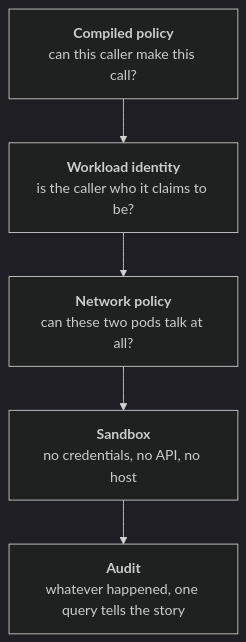
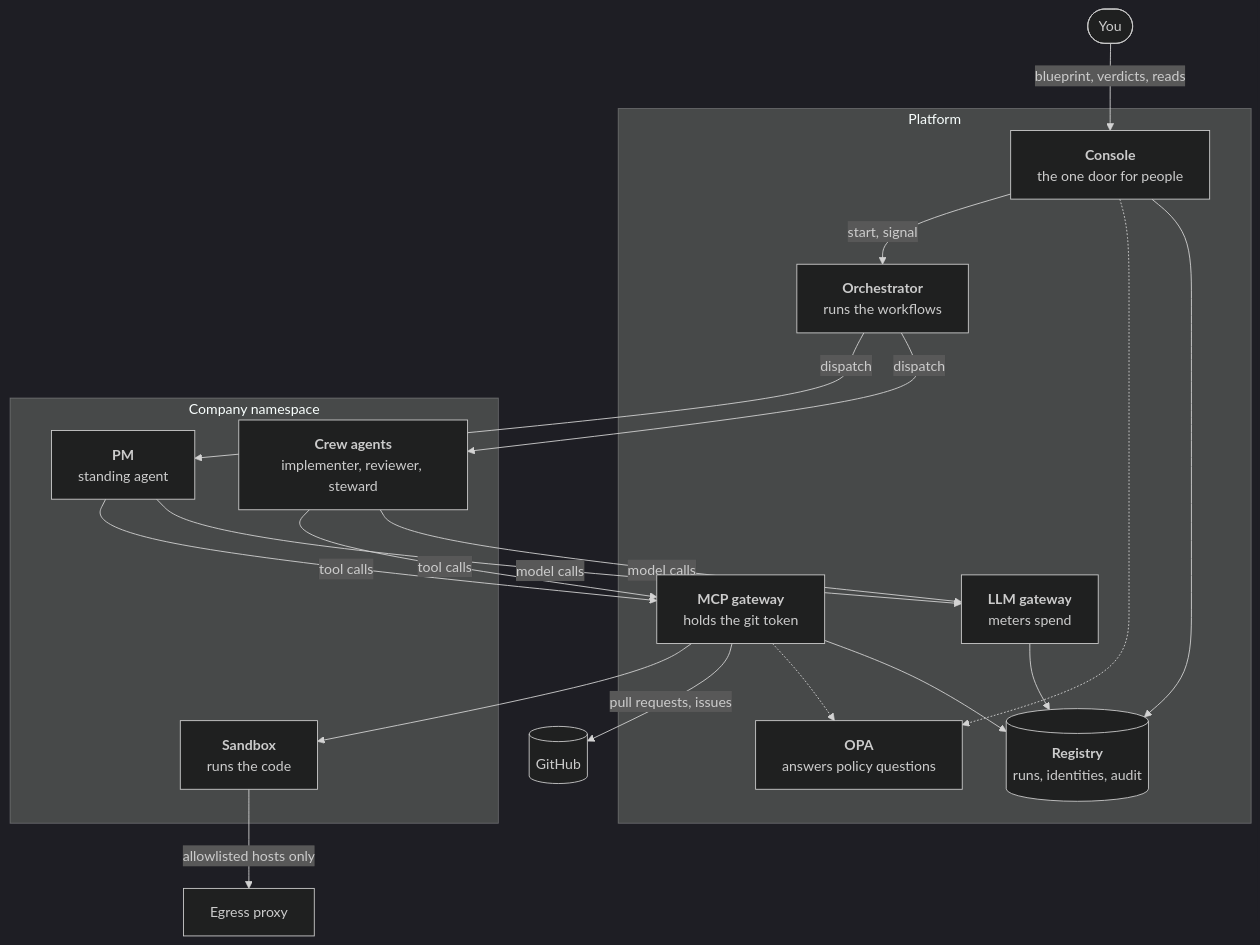
The first of 2 diagrams in docs/explanation/how-it-works.md (mathbrus/poseidon-prototype), drawn with Mermaid (dark theme) before and after one commit. The commit also changed other lines of this file and 17 other files, not shown here.

````diff
--- a/docs/explanation/how-it-works.md
+++ b/docs/explanation/how-it-works.md
@@ -88,9 +10,32 @@
 ```mermaid
 flowchart TB
-    A["<b>Compiled policy</b><br/>can this caller make this call?"]
-    B["<b>Workload identity</b><br/>is the caller who it claims to be?"]
-    C["<b>Network policy</b><br/>can these two pods talk at all?"]
-    D["<b>Sandbox</b><br/>no credentials, no API, no host"]
-    E["<b>Audit</b><br/>whatever happened, one query tells the story"]
-    A --> B --> C --> D --> E
+    you(["You"]) -->|"blueprint, verdicts, reads"| console["<b>Console</b><br/>the one door for people"]
+    subgraph platform ["Platform"]
+        console
+        orch["<b>Orchestrator</b><br/>runs the workflows"]
+        mcp["<b>MCP gateway</b><br/>holds the git token"]
+        llm["<b>LLM gateway</b><br/>meters spend"]
+        opa["<b>OPA</b><br/>answers policy questions"]
+        reg[("<b>Registry</b><br/>runs, identities, audit")]
+    end
+    subgraph company ["Company namespace"]
+        pm["<b>PM</b><br/>standing agent"]
+        crew["<b>Crew agents</b><br/>implementer, reviewer, steward"]
+        sbx["<b>Sandbox</b><br/>runs the code"]
+    end
+    console -->|"start, signal"| orch
+    orch -->|dispatch| pm
+    orch -->|dispatch| crew
+    pm -->|tool calls| mcp
+    crew -->|tool calls| mcp
+    crew -->|model calls| llm
+    pm -->|model calls| llm
+    mcp --> sbx
+    mcp -->|"pull requests, issues"| gh[("GitHub")]
+    sbx -->|"allowlisted hosts only"| egress["Egress proxy"]
+    mcp -.-> opa
+    console -.-> opa
+    mcp --> reg
+    llm --> reg
+    console --> reg
 ```
````
